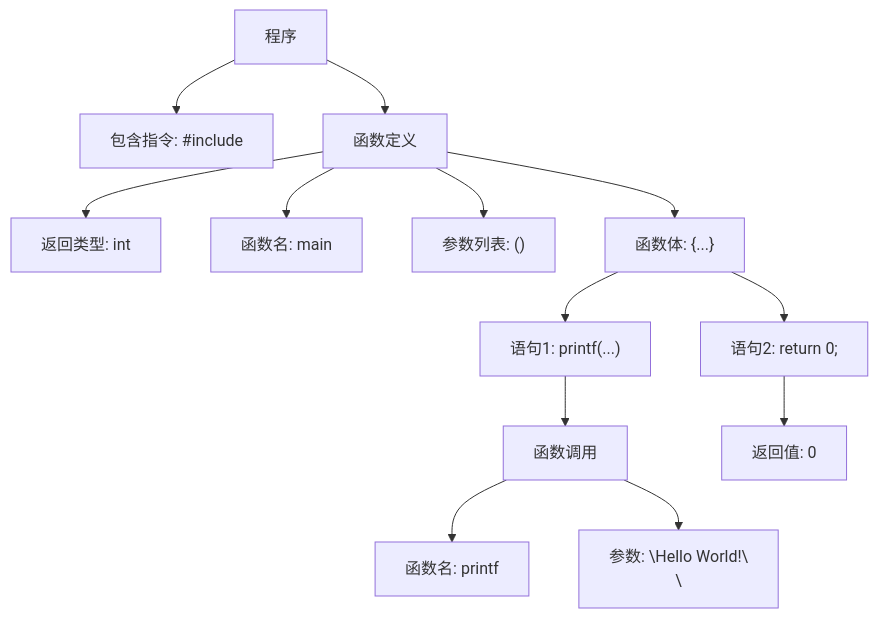
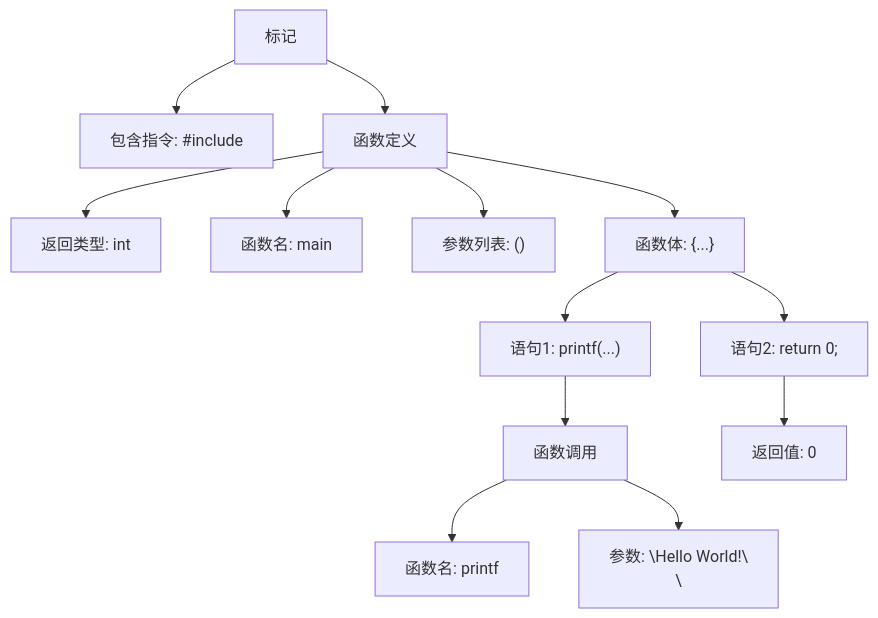
Before and after one commit to Chenpeel/Chenpeel.github.io: the fifth of 7 diagrams in docs/cs/basic/c_cpp/0x01.md, drawn with Mermaid. The commit also changed other lines of this file and 2 other files, not shown here.

````diff
--- a/docs/cs/basic/c_cpp/0x01.md
+++ b/docs/cs/basic/c_cpp/0x01.md
@@ -107,20 +199,20 @@
 ```mermaid
 graph TD
-    P["程序"] --> I["包含指令: #include <stdio.h>"]
+    P["标记"] --> I["包含指令: #include <stdio.h>"]
     P --> F["函数定义"]
 
     F --> RT["返回类型: int"]
     F --> N["函数名: main"]
     F --> PL["参数列表: ()"]
     F --> FB["函数体: {...}"]
 
     FB --> S1["语句1: printf(...)"]
     FB --> S2["语句2: return 0;"]
 
     S1 --> FC["函数调用"]
     FC --> FN["函数名: printf"]
     FC --> A["参数: \"Hello World!\\n\""]
 
     S2 --> RV["返回值: 0"]
 
 ```
````
